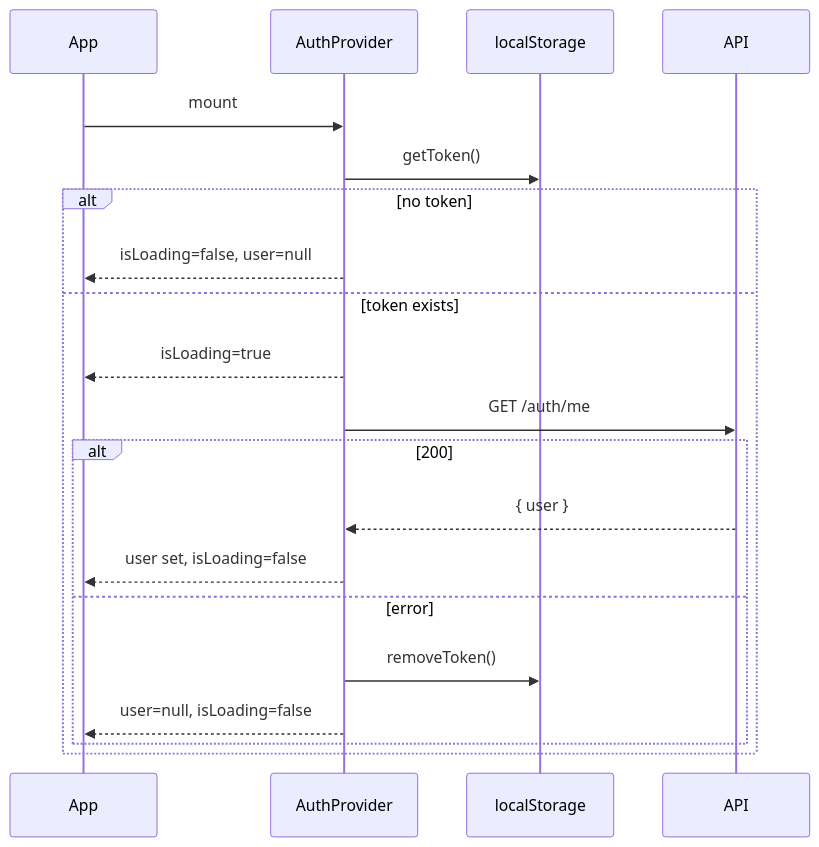
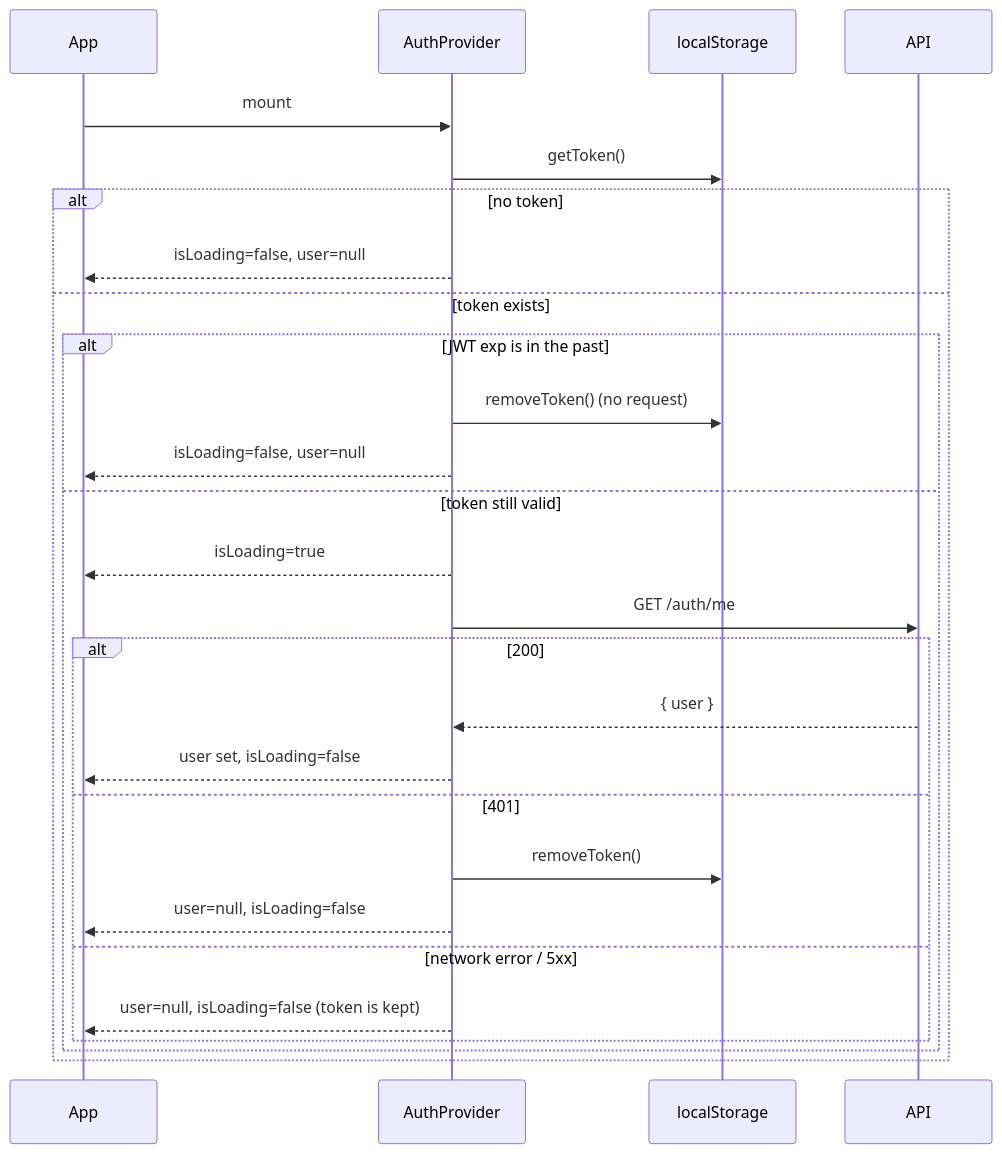
The fourth of 6 diagrams in ARCHITECTURE.md (skillwilldev/team-cyber-storefront), drawn with Mermaid before and after one commit. The commit also changed other lines of this file and 62 other files, not shown here.

````diff
--- a/ARCHITECTURE.md
+++ b/ARCHITECTURE.md
@@ -574,23 +578,30 @@
 ```mermaid
 sequenceDiagram
   participant App
   participant AP as AuthProvider
   participant LS as localStorage
   participant API
 
   App->>AP: mount
   AP->>LS: getToken()
   alt no token
     AP-->>App: isLoading=false, user=null
   else token exists
+    alt JWT exp is in the past
+      AP->>LS: removeToken() (no request)
+      AP-->>App: isLoading=false, user=null
+    else token still valid
     AP-->>App: isLoading=true
     AP->>API: GET /auth/me
     alt 200
       API-->>AP: { user }
       AP-->>App: user set, isLoading=false
-    else error
+    else 401
       AP->>LS: removeToken()
       AP-->>App: user=null, isLoading=false
+    else network error / 5xx
+      AP-->>App: user=null, isLoading=false (token is kept)
+    end
     end
   end
 ```
````
